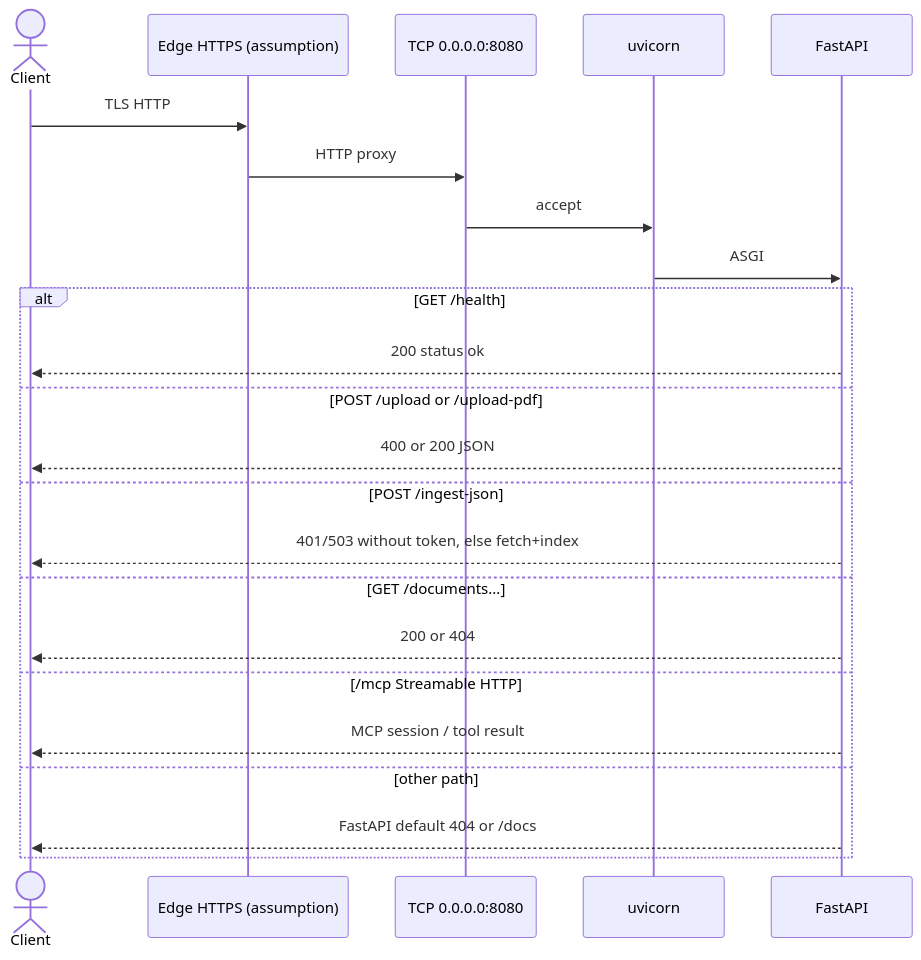
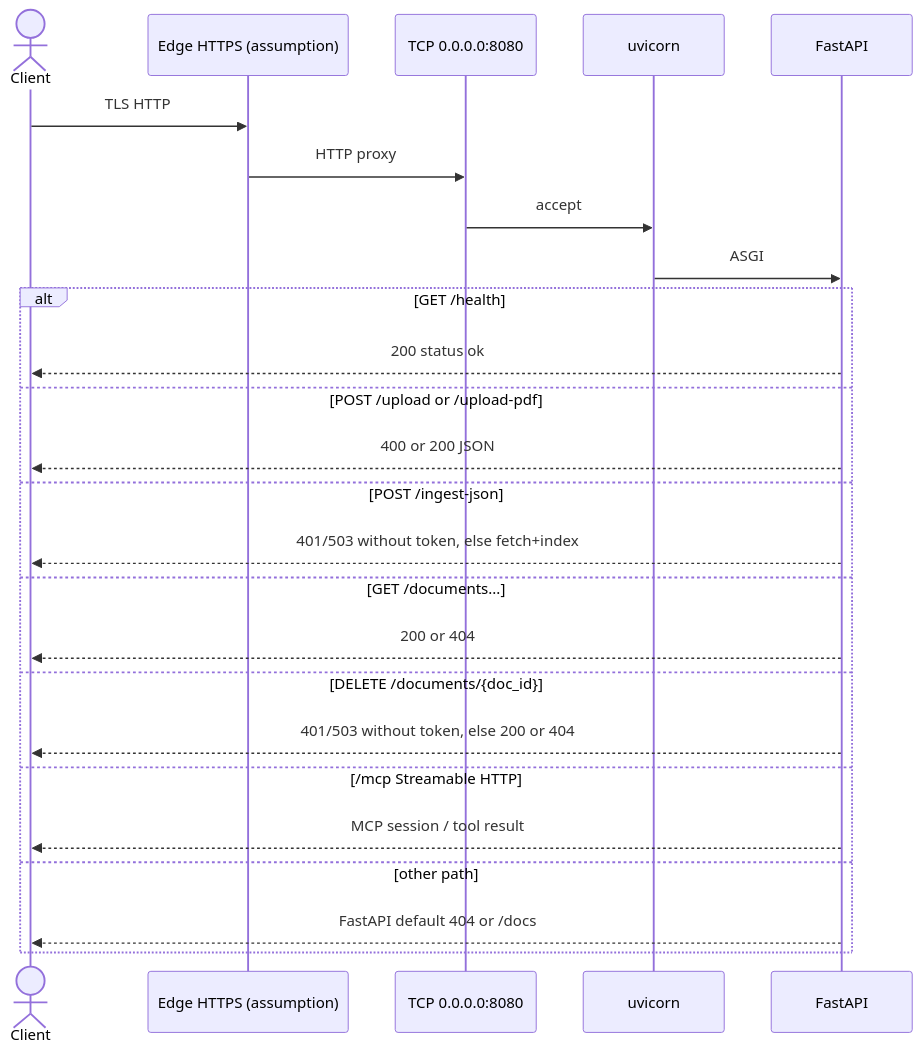
The second of 3 diagrams in docs/CONNECTIVITY.md (mkrejp/fastmcp-rag-timer), drawn with Mermaid before and after one commit. The commit also changed other lines of this file and 9 other files, not shown here.

First line of the commit message:
Add authenticated DELETE /documents/{doc_id} for RAG cleanup.

````diff
--- a/docs/CONNECTIVITY.md
+++ b/docs/CONNECTIVITY.md
@@ -75,26 +75,28 @@
 ```mermaid
 sequenceDiagram
   actor Client
   participant Edge as Edge HTTPS (assumption)
   participant Port as TCP 0.0.0.0:8080
   participant UV as uvicorn
   participant API as FastAPI
 
   Client->>Edge: TLS HTTP
   Edge->>Port: HTTP proxy
   Port->>UV: accept
   UV->>API: ASGI
   alt GET /health
     API-->>Client: 200 status ok
   else POST /upload or /upload-pdf
     API-->>Client: 400 or 200 JSON
   else POST /ingest-json
     API-->>Client: 401/503 without token, else fetch+index
   else GET /documents...
     API-->>Client: 200 or 404
+  else DELETE /documents/{doc_id}
+    API-->>Client: 401/503 without token, else 200 or 404
   else /mcp Streamable HTTP
     API-->>Client: MCP session / tool result
   else other path
     API-->>Client: FastAPI default 404 or /docs
   end
 ```
````
